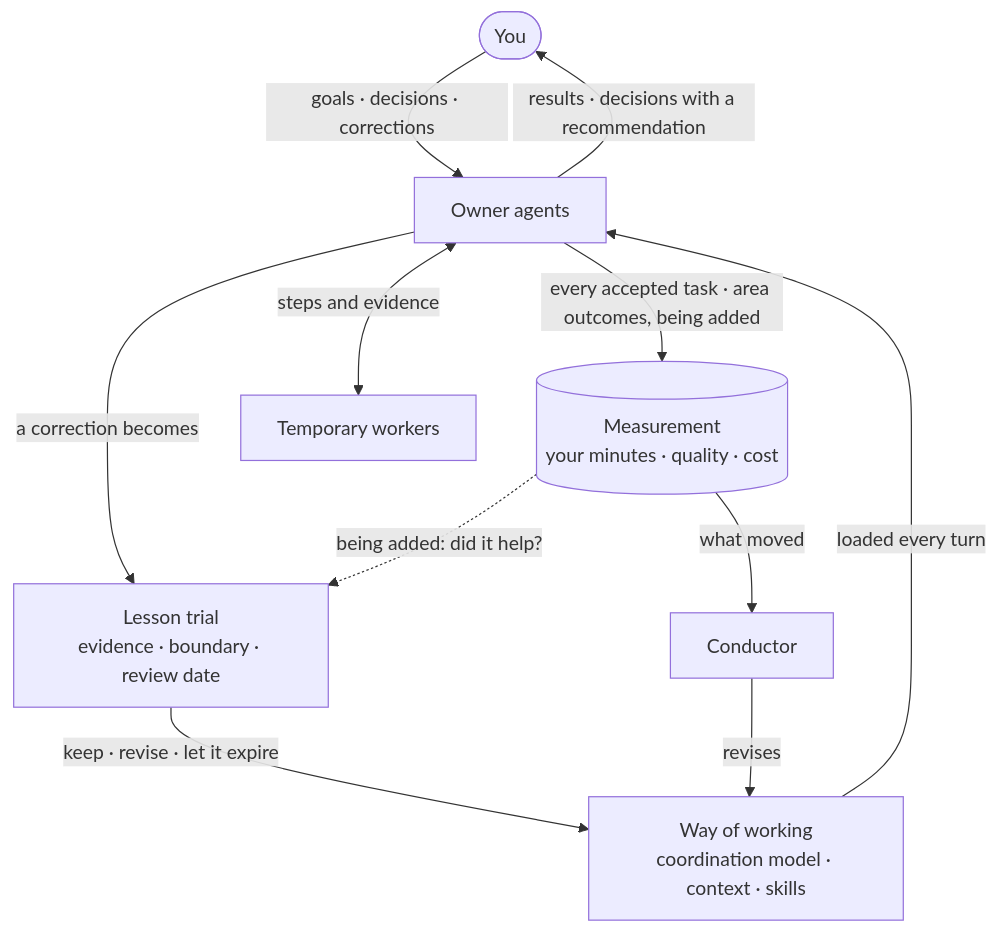
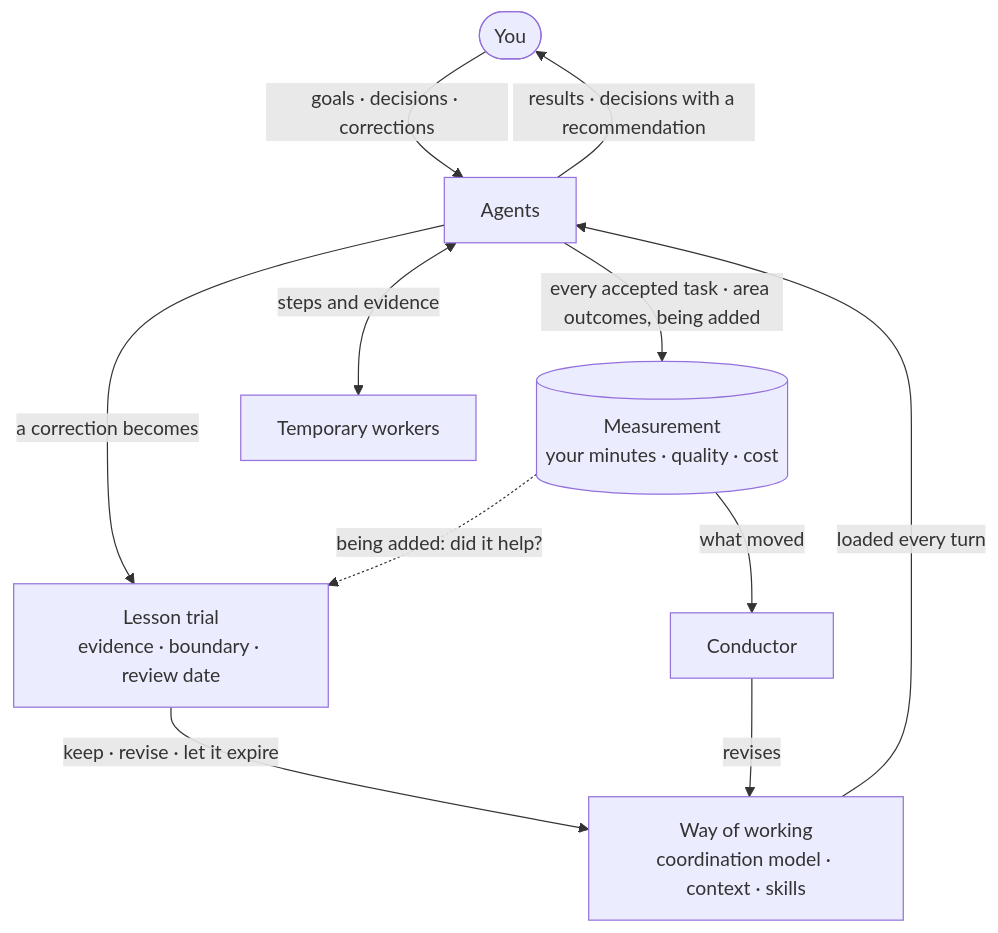
The first of 3 diagrams in README.md (cebertowicz/corsia), drawn with Mermaid before and after one commit. The commit also changed other lines of this file, not shown here.

Commit message:
docs(readme): lead with giving an agent a problem; say agents, not owners; introduce CORSIA as the assistant

````diff
--- a/README.md
+++ b/README.md
@@ -54,13 +54,13 @@
 ```mermaid
 flowchart TD
-    You([You]) -->|goals · decisions · corrections| O[Owner agents]
+    You([You]) -->|goals · decisions · corrections| O[Agents]
     O -->|results · decisions with a recommendation| You
     O -->|a correction becomes| L[Lesson trial<br/>evidence · boundary · review date]
     O -->|every accepted task · area outcomes, being added| M[(Measurement<br/>your minutes · quality · cost)]
     O <-->|steps and evidence| W[Temporary workers]
     M -.->|being added: did it help?| L
     M -->|what moved| C[Conductor]
     L -->|keep · revise · let it expire| G[Way of working<br/>coordination model · context · skills]
     C -->|revises| G
     G -->|loaded every turn| O
 ```
````
